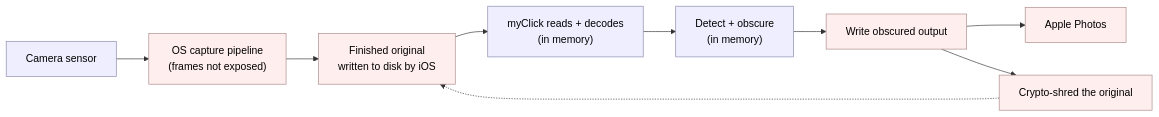
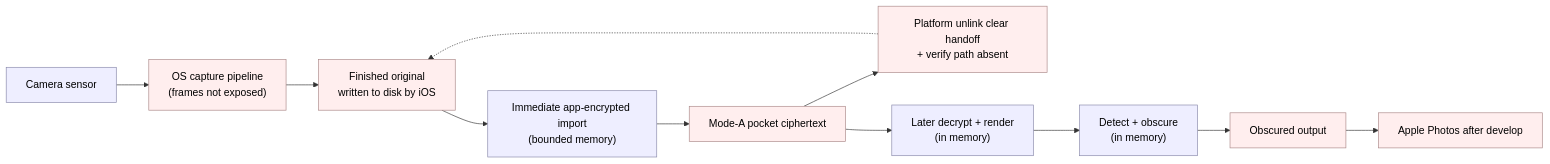
One commit to carlheinmostert/myclick-protocol changed the fifth of 10 diagrams in PROTOCOL.md. Above: the diagram before and after it, drawn with Mermaid. The commit also changed other lines of this file, not shown here.

````diff
--- a/PROTOCOL.md
+++ b/PROTOCOL.md
@@ -796,16 +887,18 @@
 ```mermaid
 flowchart LR
     S["Camera sensor"] --> AP["OS capture pipeline<br/>(frames not exposed)"]
     AP --> RAW["Finished original<br/>written to disk by iOS"]
-    RAW --> R["myClick reads + decodes<br/>(in memory)"]
+    RAW --> I["Immediate app-encrypted import<br/>(bounded memory)"]
+    I --> ENC["Mode-A pocket ciphertext"]
+    ENC --> DEL["Platform unlink clear handoff<br/>+ verify path absent"]
+    DEL -.-> RAW
+    ENC --> R["Later decrypt + render<br/>(in memory)"]
     R --> O["Detect + obscure<br/>(in memory)"]
-    O --> OUT["Write obscured output"]
-    OUT --> P["Apple Photos"]
-    OUT --> DEL["Crypto-shred the original"]
-    DEL -.-> RAW
+    O --> OUT["Obscured output"]
+    OUT --> P["Apple Photos after develop"]
 
     classDef mem fill:#eef,stroke:#88a,color:#000;
     classDef disk fill:#fee,stroke:#a88,color:#000;
-    class S,R,O mem;
-    class AP,RAW,OUT,P,DEL disk;
+    class S,I,R,O mem;
+    class AP,RAW,ENC,OUT,P,DEL disk;
 ```
````
